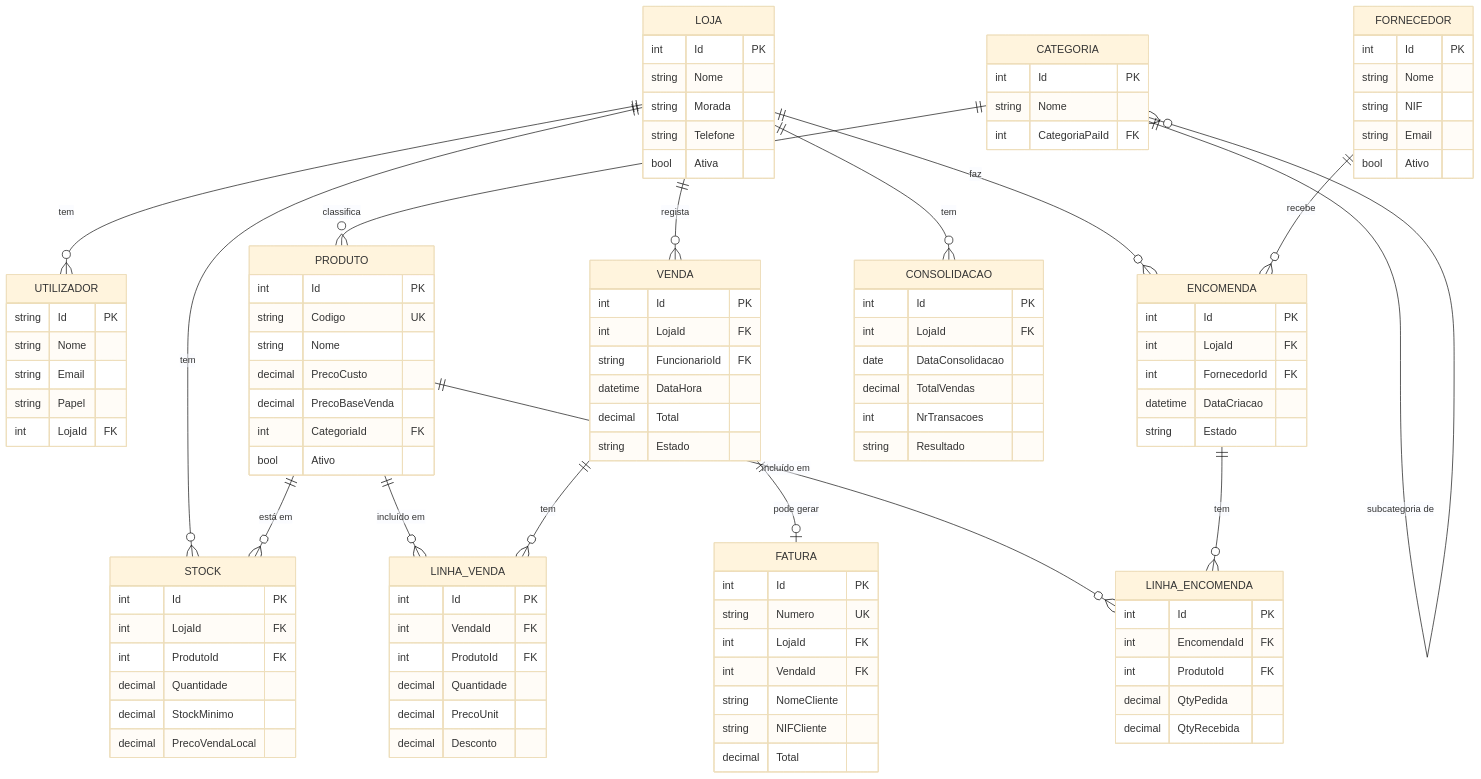
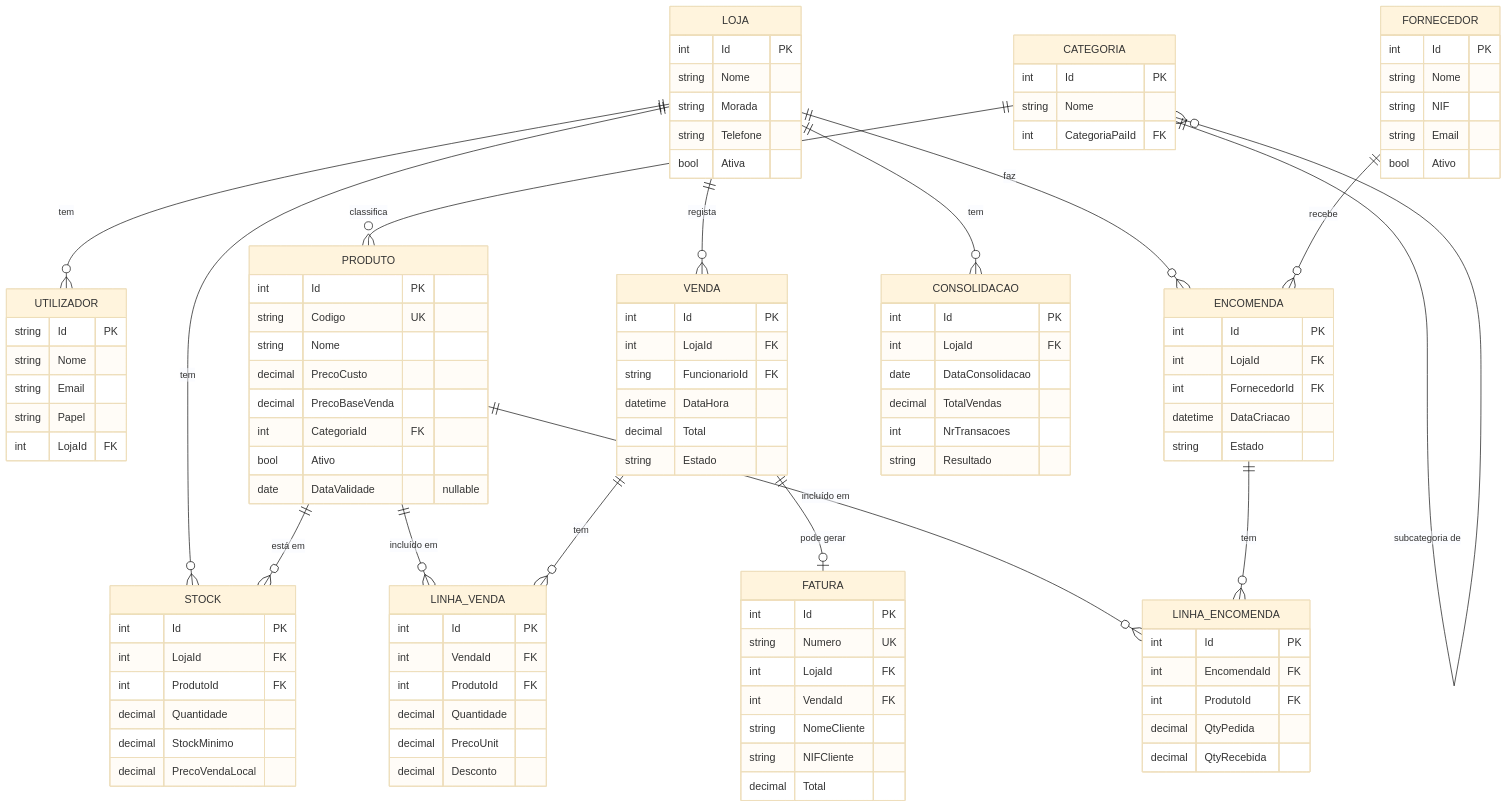
The fifth of 5 diagrams in docs/etapa2/architecture.md (macieluis/LI4), drawn with Mermaid (base theme) before and after one commit. The commit also changed other lines of this file and 6 other files, not shown here.

First line of the commit message:
feat: prazos de validade, diagramas actualizados, secção LLM no relatório

```diff
--- a/docs/etapa2/architecture.md
+++ b/docs/etapa2/architecture.md
@@ -407,6 +416,7 @@
         decimal PrecoBaseVenda
         int CategoriaId FK
         bool Ativo
+        date DataValidade "nullable"
     }
     STOCK {
         int Id PK
```
